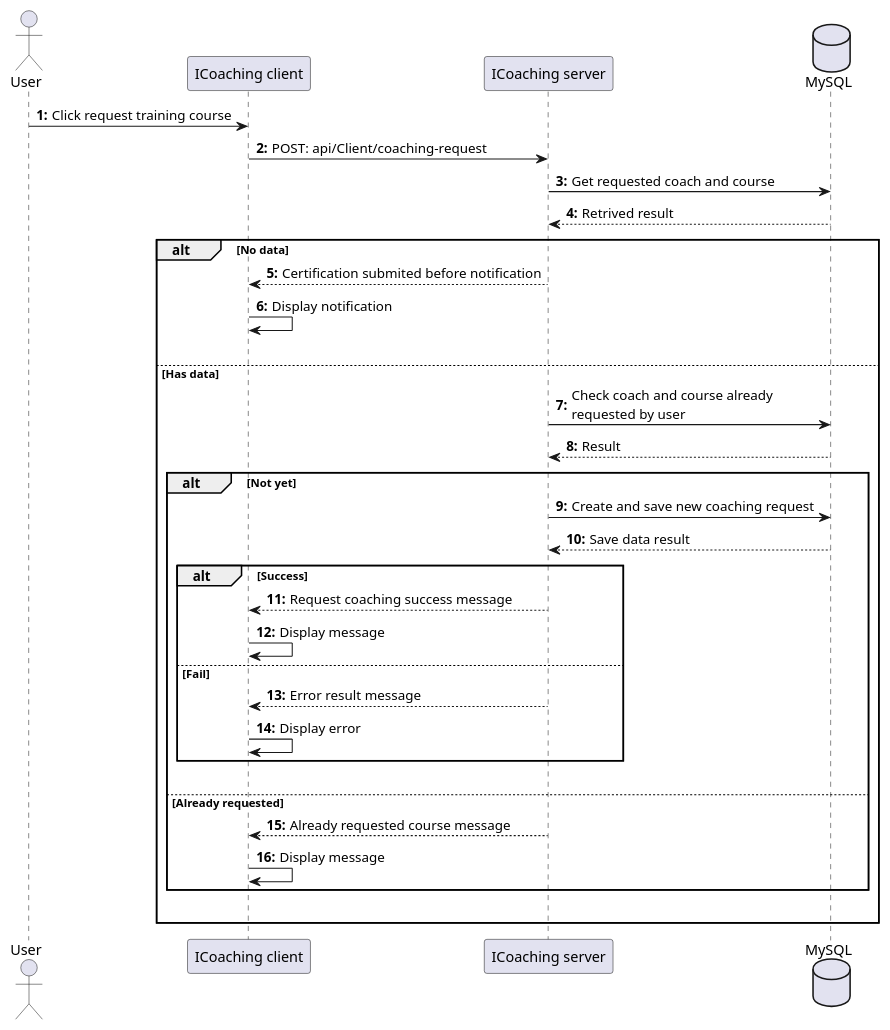
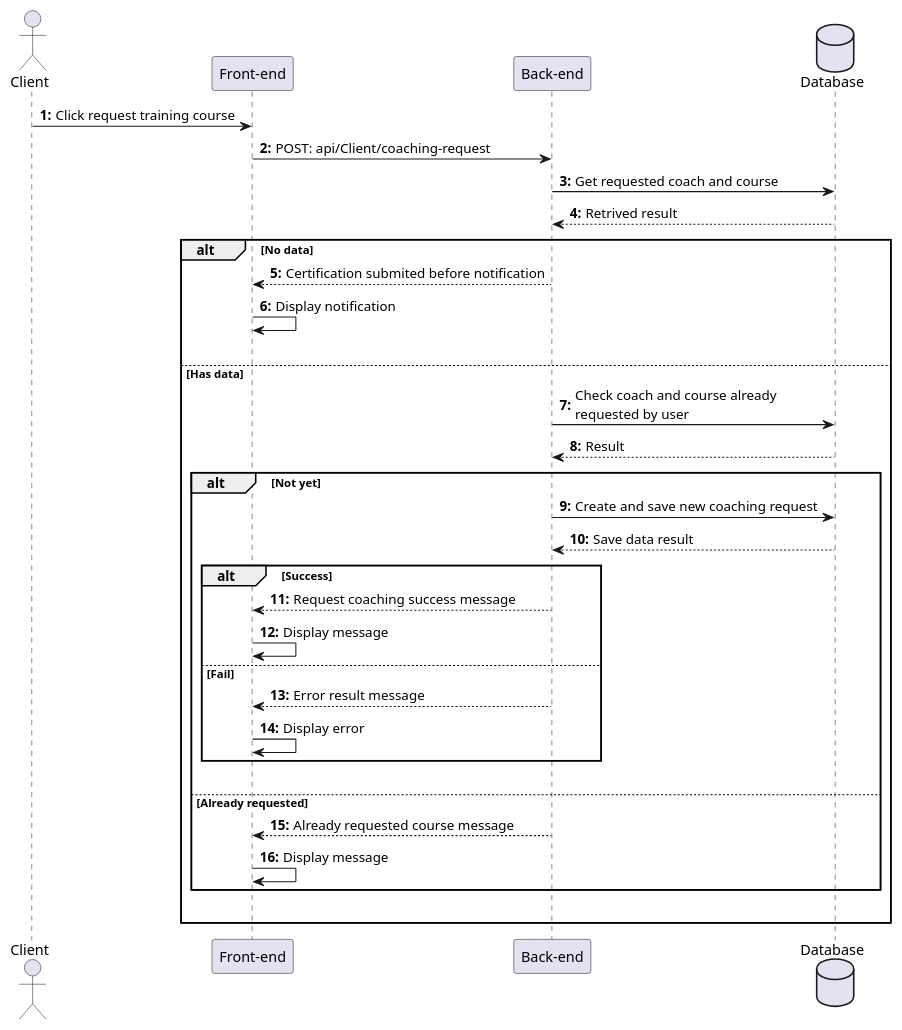
The diagram in Sequences_diagrams/RequestCoaching.pu (HTPhong-276/iCoaching-Diagrams), drawn with PlantUML before and after one commit. The commit also changed 25 other files, not shown here.

```diff
--- a/Sequences_diagrams/RequestCoaching.pu
+++ b/Sequences_diagrams/RequestCoaching.pu
@@ -1,40 +1,40 @@
 @startuml RequestCoaching
-actor User as user
-participant "ICoaching client" as client
-participant "ICoaching server" as server 
-database "MySQL" as db
+actor Client as user
+participant "Front-end" as client
+participant "Back-end" as server 
+database "Database" as db
 
 autonumber "<b>0:"
 
 user -> client : Click request training course
 client -> server : POST: api/Client/coaching-request
 server -> db : Get requested coach and course 
 db --> server : Retrived result
 
 alt No data
     server --> client : Certification submited before notification
     client -> client : Display notification 
     |||
 else Has data
     server -> db : Check coach and course already\nrequested by user
     db --> server : Result
 
     alt Not yet
         server -> db : Create and save new coaching request
         db --> server : Save data result
         alt Success
             server --> client : Request coaching success message
             client -> client : Display message
         else Fail
             server --> client : Error result message
             client -> client : Display error
         end
         |||
     else Already requested
         server --> client : Already requested course message
         client -> client : Display message
     end
 
     |||
 end 
 @enduml
```
